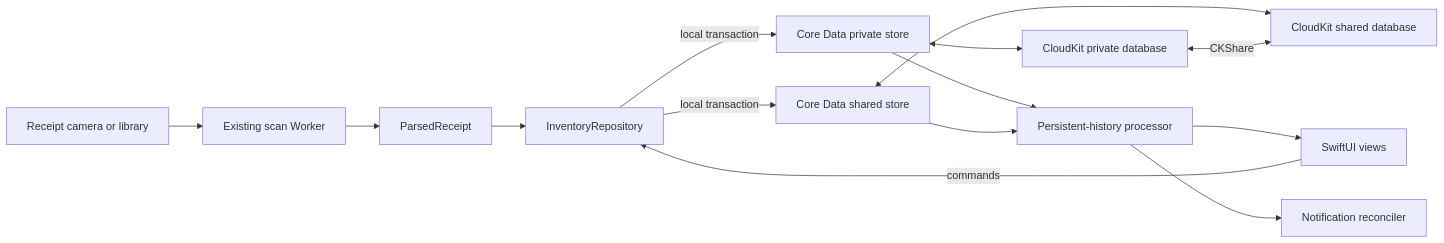
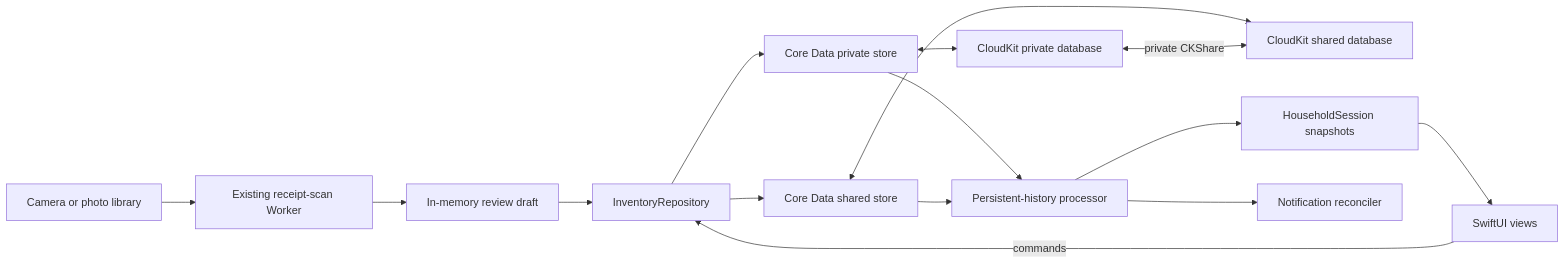
The diagram in wiki/household-sharing.md (JINGBANZ/Tridge), drawn with Mermaid before and after one commit. The commit also changed other lines of this file and 4 other files, not shown here.

````diff
--- a/wiki/household-sharing.md
+++ b/wiki/household-sharing.md
@@ -30,16 +50,17 @@
 ```mermaid
 flowchart LR
-    Camera[Receipt camera or library] --> ScanWorker[Existing scan Worker]
-    ScanWorker --> Parsed[ParsedReceipt]
-    Parsed --> Repository[InventoryRepository]
+    Camera[Camera or photo library] --> Worker[Existing receipt-scan Worker]
+    Worker --> Review[In-memory review draft]
+    Review --> Repository[InventoryRepository]
     Views[SwiftUI views] -->|commands| Repository
-    Repository -->|local transaction| Private[Core Data private store]
-    Repository -->|local transaction| Shared[Core Data shared store]
+    Repository --> Private[Core Data private store]
+    Repository --> Shared[Core Data shared store]
     Private <--> PrivateDB[CloudKit private database]
     Shared <--> SharedDB[CloudKit shared database]
-    PrivateDB <-->|CKShare| SharedDB
-    History[Persistent-history processor] --> Views
-    Private --> History
+    PrivateDB <-->|private CKShare| SharedDB
+    Private --> History[Persistent-history processor]
     Shared --> History
-    History --> Notifications[Notification reconciler]
+    History --> Session[HouseholdSession snapshots]
+    Session --> Views
+    History --> Reminders[Notification reconciler]
 ```
````
